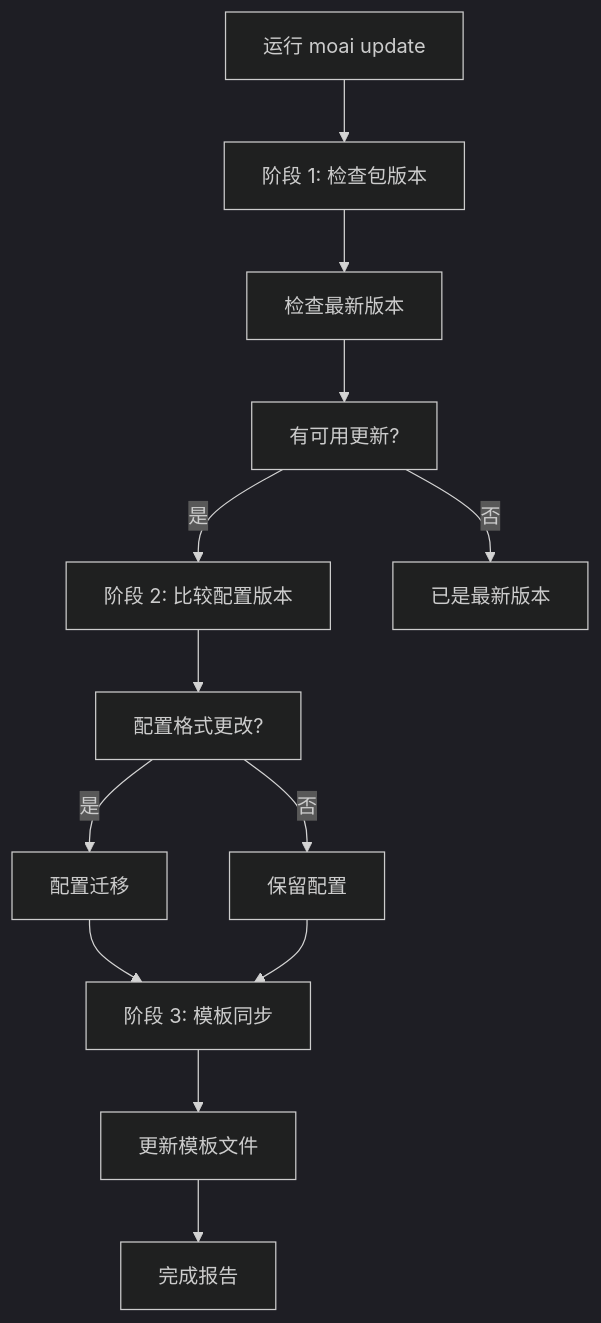
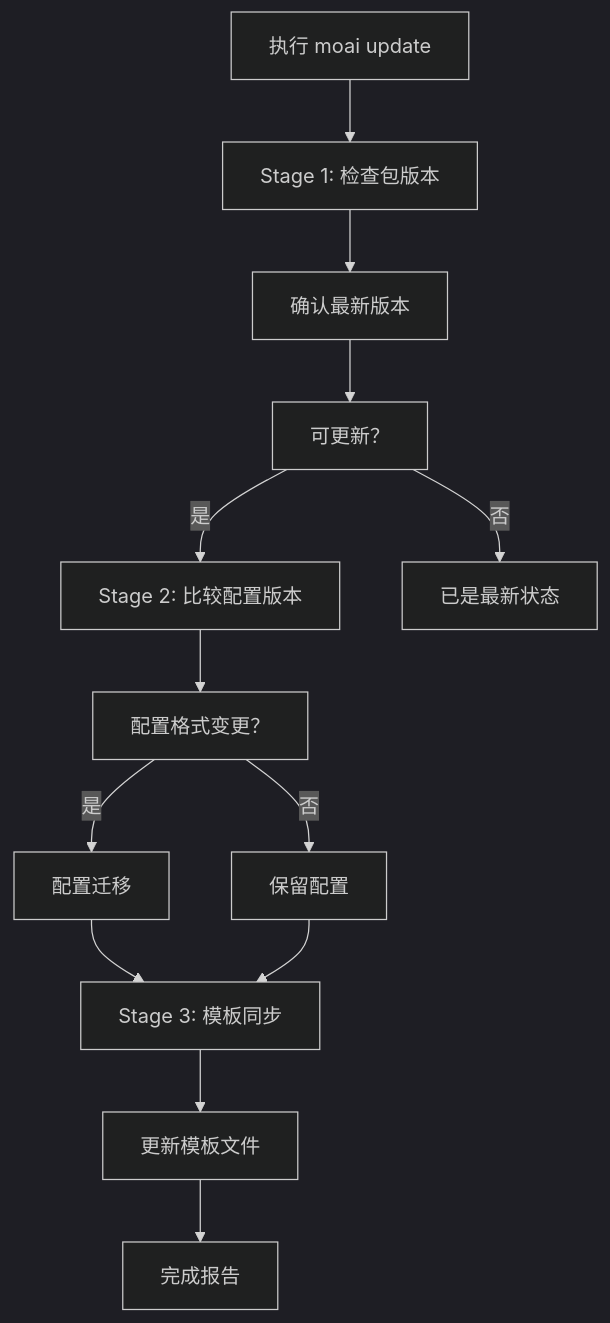
One commit to modu-ai/moai-adk changed the first of 3 diagrams in docs-site/content/zh/getting-started/update.md. Above: the diagram before and after it, drawn with Mermaid (dark theme). The commit also changed other lines of this file and 395 other files, not shown here.

````diff
--- a/docs-site/content/zh/getting-started/update.md
+++ b/docs-site/content/zh/getting-started/update.md
@@ -21,19 +21,19 @@
 ```mermaid
 flowchart TD
-    A[运行 moai update] --> B[阶段 1: 检查包版本]
-    B --> C[检查最新版本]
-    C --> D[有可用更新?]
+    A[执行 moai update] --> B[Stage 1: 检查包版本]
+    B --> C[确认最新版本]
+    C --> D[可更新？]
 
-    D -->|是| E[阶段 2: 比较配置版本]
-    D -->|否| F[已是最新版本]
+    D -->|是| E[Stage 2: 比较配置版本]
+    D -->|否| F[已是最新状态]
 
-    E --> G[配置格式更改?]
+    E --> G[配置格式变更？]
     G -->|是| H[配置迁移]
     G -->|否| I[保留配置]
 
-    H --> J[阶段 3: 模板同步]
+    H --> J[Stage 3: 模板同步]
     I --> J
 
     J --> K[更新模板文件]
     K --> L[完成报告]
 ```
````
